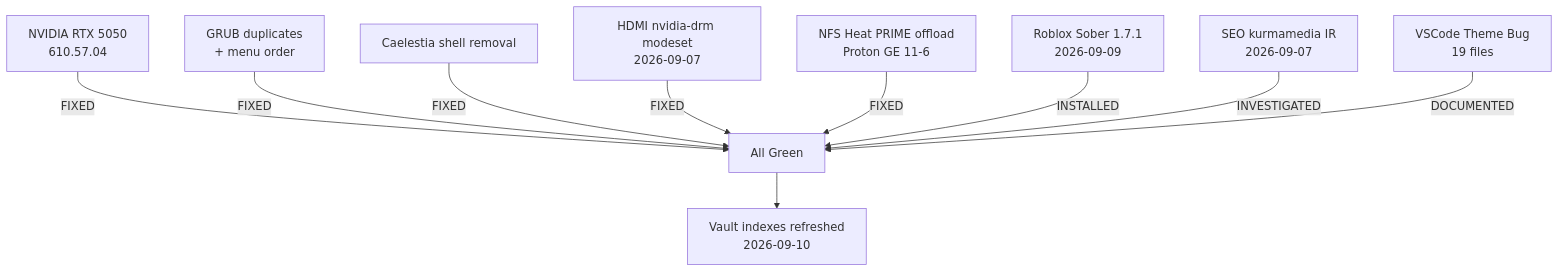
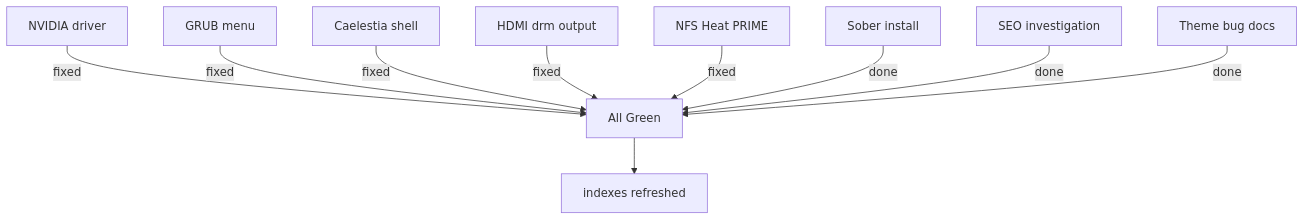
The eighth of 13 diagrams in Map of Content.md (444Nazky/My-Vault), drawn with Mermaid before and after one commit. The commit also changed other lines of this file and 8 other files, not shown here.

````diff
--- a/Map of Content.md
+++ b/Map of Content.md
@@ -187,12 +189,12 @@
 ```mermaid
 flowchart TD
-    A[NVIDIA RTX 5050<br/>610.57.04] -->|FIXED| Z[All Green]
-    B[GRUB duplicates<br/>+ menu order] -->|FIXED| Z
-    C[Caelestia shell removal] -->|FIXED| Z
-    D[HDMI nvidia-drm modeset<br/>2026-09-07] -->|FIXED| Z
-    E[NFS Heat PRIME offload<br/>Proton GE 11-6] -->|FIXED| Z
-    F[Roblox Sober 1.7.1<br/>2026-09-09] -->|INSTALLED| Z
-    G[SEO kurmamedia IR<br/>2026-09-07] -->|INVESTIGATED| Z
-    H[VSCode Theme Bug<br/>19 files] -->|DOCUMENTED| Z
-    Z --> I[Vault indexes refreshed<br/>2026-09-10]
+    A["NVIDIA driver"] -->|"fixed"| Z["All Green"]
+    B["GRUB menu"] -->|"fixed"| Z
+    C["Caelestia shell"] -->|"fixed"| Z
+    D["HDMI drm output"] -->|"fixed"| Z
+    E["NFS Heat PRIME"] -->|"fixed"| Z
+    F["Sober install"] -->|"done"| Z
+    G["SEO investigation"] -->|"done"| Z
+    H["Theme bug docs"] -->|"done"| Z
+    Z --> I["indexes refreshed"]
 ```
````
